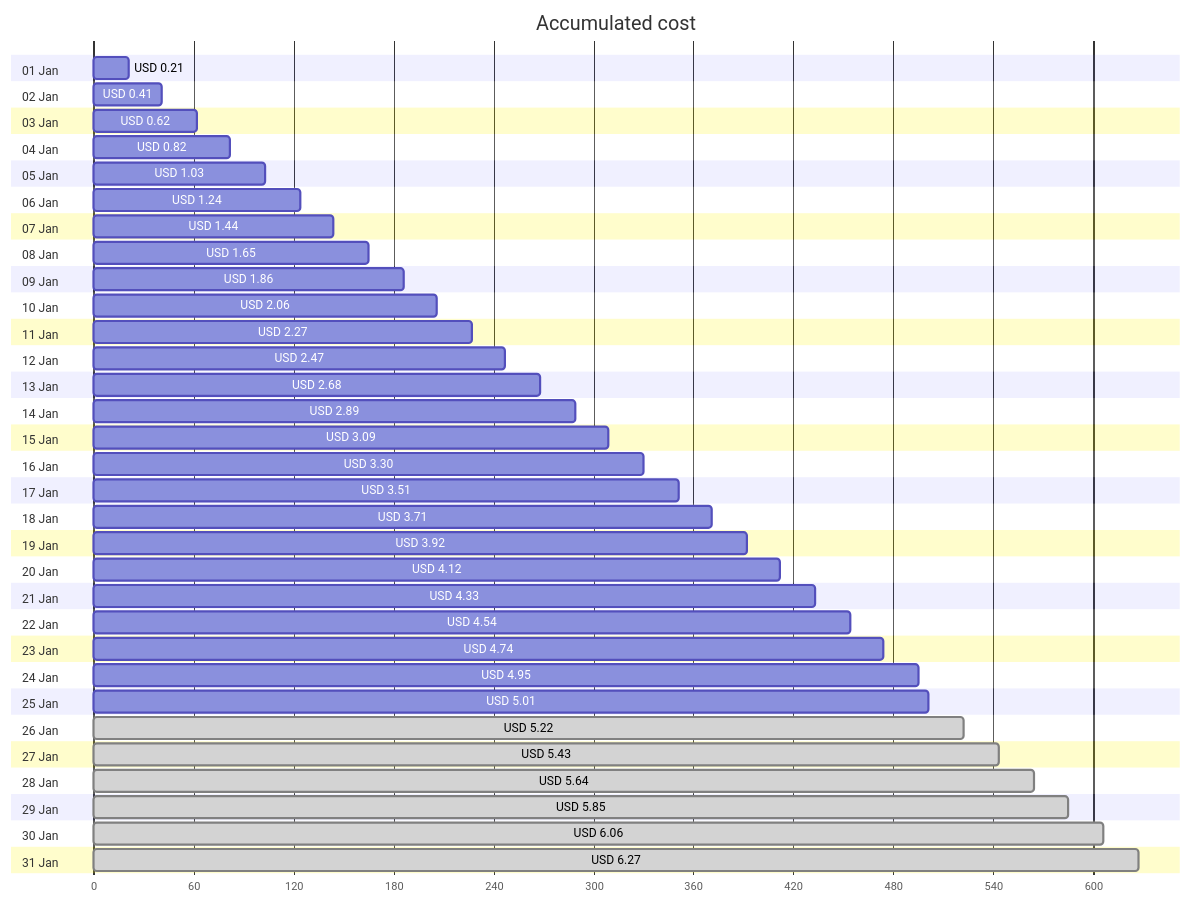
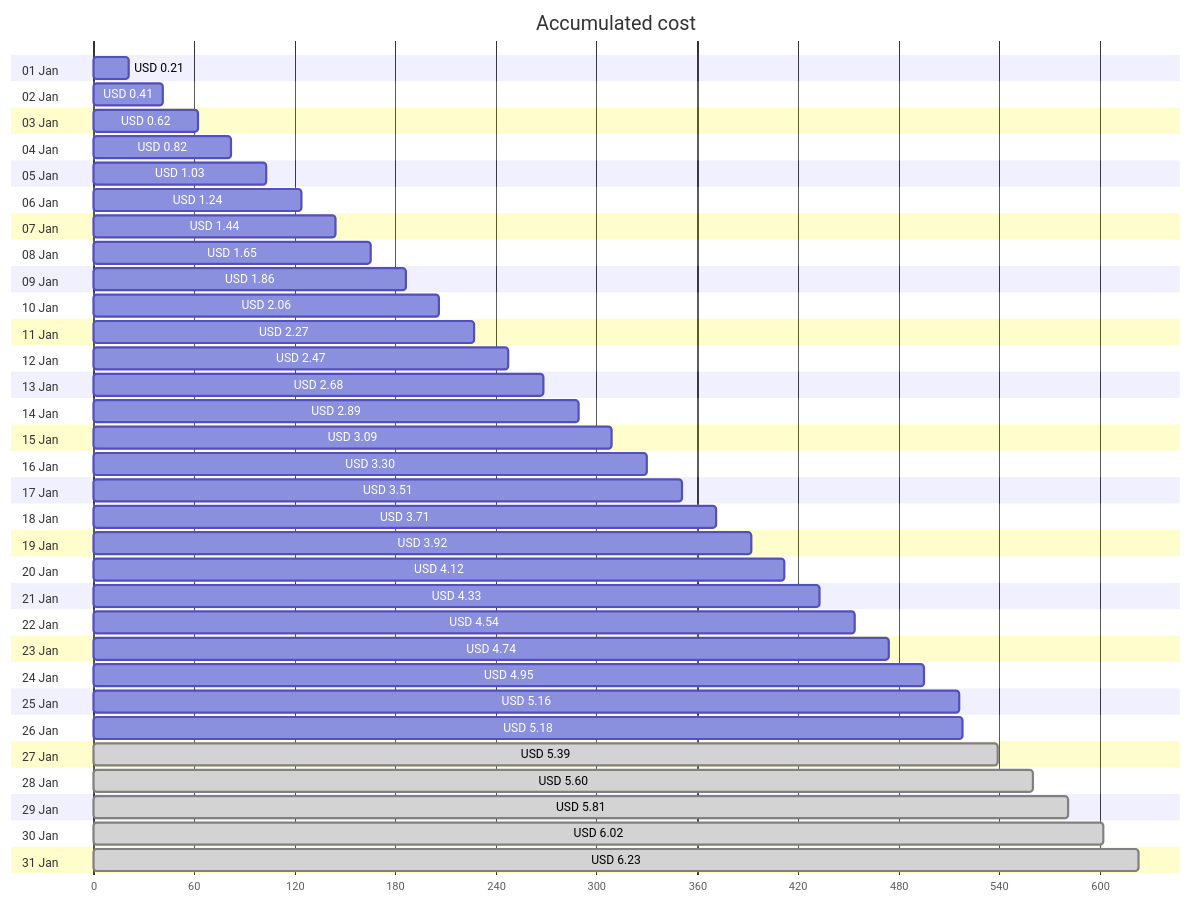
The first of 4 diagrams in cost-reports/personal-network/backup-server.md (jpfulton/azure-personal-reports), drawn with Mermaid before and after one commit. The commit also changed other lines of this file and 8 other files, not shown here.

````diff
--- a/cost-reports/personal-network/backup-server.md
+++ b/cost-reports/personal-network/backup-server.md
@@ -20,68 +20,68 @@
 ```mermaid
 gantt
    title Accumulated cost
    dateFormat  X
    axisFormat %s
    section 01 Jan
    USD 0.21 :0, 21
    section 02 Jan
    USD 0.41 :0, 41
    section 03 Jan
    USD 0.62 :0, 62
    section 04 Jan
    USD 0.82 :0, 82
    section 05 Jan
    USD 1.03 :0, 103
    section 06 Jan
    USD 1.24 :0, 124
    section 07 Jan
    USD 1.44 :0, 144
    section 08 Jan
    USD 1.65 :0, 165
    section 09 Jan
    USD 1.86 :0, 186
    section 10 Jan
    USD 2.06 :0, 206
    section 11 Jan
    USD 2.27 :0, 227
    section 12 Jan
    USD 2.47 :0, 247
    section 13 Jan
    USD 2.68 :0, 268
    section 14 Jan
    USD 2.89 :0, 289
    section 15 Jan
    USD 3.09 :0, 309
    section 16 Jan
    USD 3.30 :0, 330
    section 17 Jan
    USD 3.51 :0, 351
    section 18 Jan
    USD 3.71 :0, 371
    section 19 Jan
    USD 3.92 :0, 392
    section 20 Jan
    USD 4.12 :0, 412
    section 21 Jan
    USD 4.33 :0, 433
    section 22 Jan
    USD 4.54 :0, 454
    section 23 Jan
    USD 4.74 :0, 474
    section 24 Jan
    USD 4.95 :0, 495
    section 25 Jan
-   USD 5.01 :0, 501
+   USD 5.16 :0, 516
    section 26 Jan
-   USD 5.22 : done, 0, 522
+   USD 5.18 :0, 518
    section 27 Jan
-   USD 5.43 : done, 0, 543
+   USD 5.39 : done, 0, 539
    section 28 Jan
-   USD 5.64 : done, 0, 564
+   USD 5.60 : done, 0, 560
    section 29 Jan
-   USD 5.85 : done, 0, 585
+   USD 5.81 : done, 0, 581
    section 30 Jan
-   USD 6.06 : done, 0, 606
+   USD 6.02 : done, 0, 602
    section 31 Jan
-   USD 6.27 : done, 0, 627
+   USD 6.23 : done, 0, 623
 ```
````
